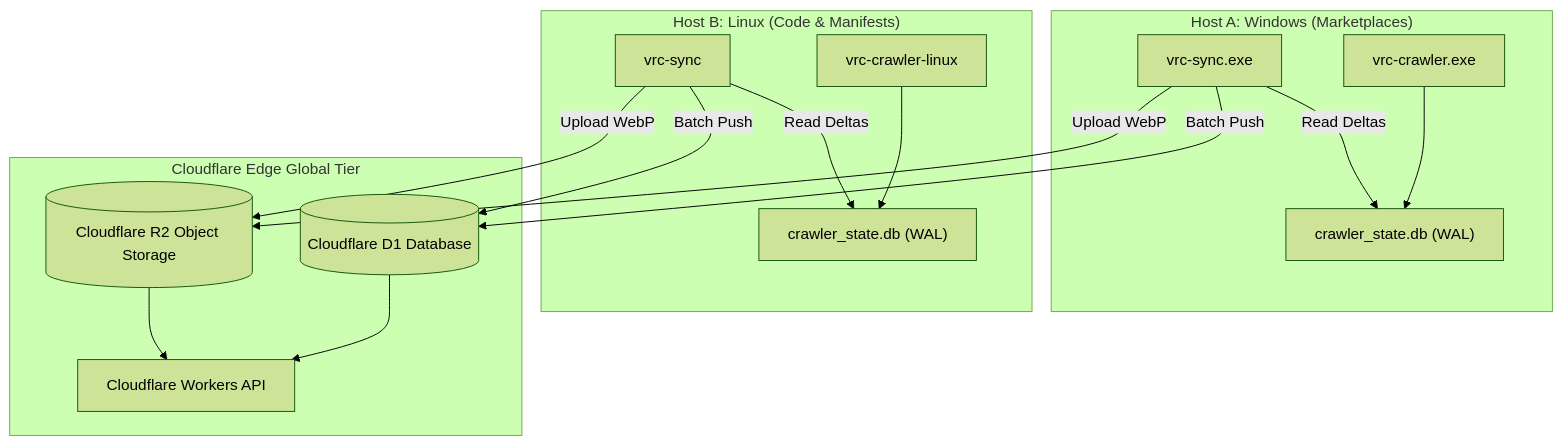
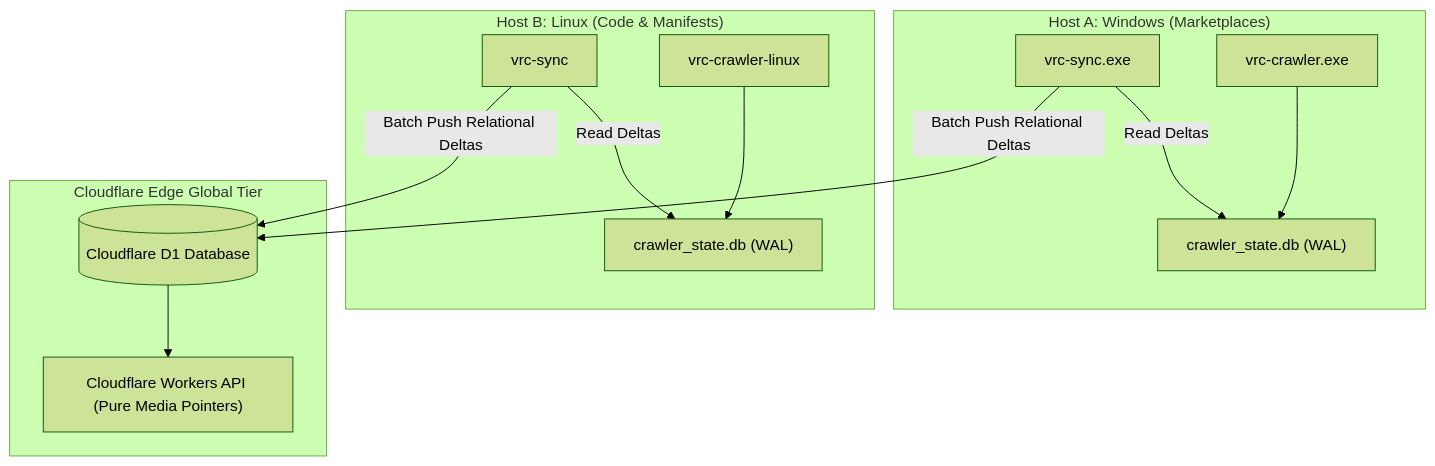
One commit to SlamTheDragon/vrc-package-crawler changed the diagram in docs/EDGE_SYNC_AND_SCALE_GUIDE.md. Above: the diagram before and after it, drawn with Mermaid (forest theme). The commit also changed other lines of this file and 26 other files, not shown here.

````diff
--- a/docs/EDGE_SYNC_AND_SCALE_GUIDE.md
+++ b/docs/EDGE_SYNC_AND_SCALE_GUIDE.md
@@ -127,25 +151,21 @@
 ```mermaid
 flowchart TD
     subgraph "Host A: Windows (Marketplaces)"
         W1["vrc-crawler.exe"] --> DB1["crawler_state.db (WAL)"]
         S1["vrc-sync.exe"] -->|Read Deltas| DB1
     end
 
     subgraph "Host B: Linux (Code & Manifests)"
         W2["vrc-crawler-linux"] --> DB2["crawler_state.db (WAL)"]
         S2["vrc-sync"] -->|Read Deltas| DB2
     end
 
     subgraph "Cloudflare Edge Global Tier"
         D1[("Cloudflare D1 Database")]
-        R2[("Cloudflare R2 Object Storage")]
-        Worker["Cloudflare Workers API"]
+        Worker["Cloudflare Workers API (Pure Media Pointers)"]
     end
 
-    S1 -->|Batch Push| D1
-    S1 -->|Upload WebP| R2
-    S2 -->|Batch Push| D1
-    S2 -->|Upload WebP| R2
+    S1 -->|Batch Push Relational Deltas| D1
+    S2 -->|Batch Push Relational Deltas| D1
     D1 --> Worker
-    R2 --> Worker
 ```
````
